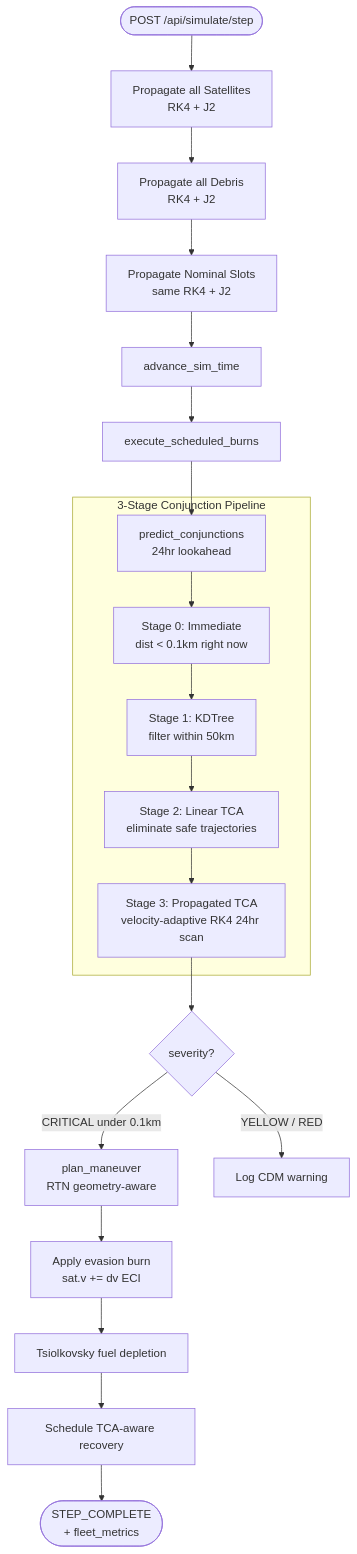
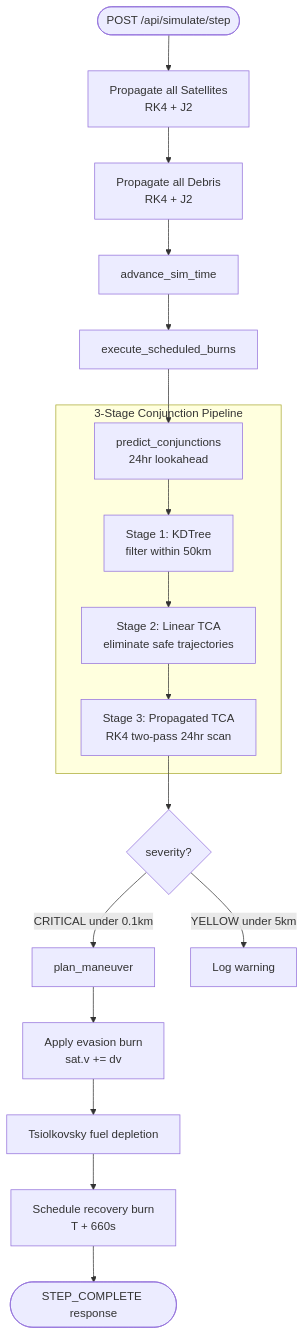
Before and after one commit to mercer6969/acm-project: the third of 8 diagrams in README.md, drawn with Mermaid. The commit also changed other lines of this file, not shown here.

````diff
--- a/README.md
+++ b/README.md
@@ -120,24 +114,22 @@
 ```mermaid
 flowchart TD
     A([POST /api/simulate/step]) --> B[Propagate all Satellites\nRK4 + J2]
     B --> C[Propagate all Debris\nRK4 + J2]
-    C --> C2[Propagate Nominal Slots\nsame RK4 + J2]
-    C2 --> D[advance_sim_time]
+    C --> D[advance_sim_time]
     D --> E[execute_scheduled_burns]
     E --> F[predict_conjunctions\n24hr lookahead]
 
     subgraph PIPELINE["3-Stage Conjunction Pipeline"]
-        F --> F0[Stage 0: Immediate\ndist < 0.1km right now]
-        F0 --> G[Stage 1: KDTree\nfilter within 50km]
+        F --> G[Stage 1: KDTree\nfilter within 50km]
         G --> H[Stage 2: Linear TCA\neliminate safe trajectories]
-        H --> I[Stage 3: Propagated TCA\nvelocity-adaptive RK4 24hr scan]
+        H --> I[Stage 3: Propagated TCA\nRK4 two-pass 24hr scan]
     end
 
     I --> J{severity?}
-    J -->|CRITICAL under 0.1km| K[plan_maneuver\nRTN geometry-aware]
-    J -->|YELLOW / RED| L[Log CDM warning]
-    K --> M[Apply evasion burn\nsat.v += dv ECI]
+    J -->|CRITICAL under 0.1km| K[plan_maneuver]
+    J -->|YELLOW under 5km| L[Log warning]
+    K --> M[Apply evasion burn\nsat.v += dv]
     M --> N[Tsiolkovsky fuel depletion]
-    N --> O[Schedule TCA-aware recovery]
-    O --> P([STEP_COMPLETE\n+ fleet_metrics])
+    N --> O[Schedule recovery burn\nT + 660s]
+    O --> P([STEP_COMPLETE response])
 ```
````
